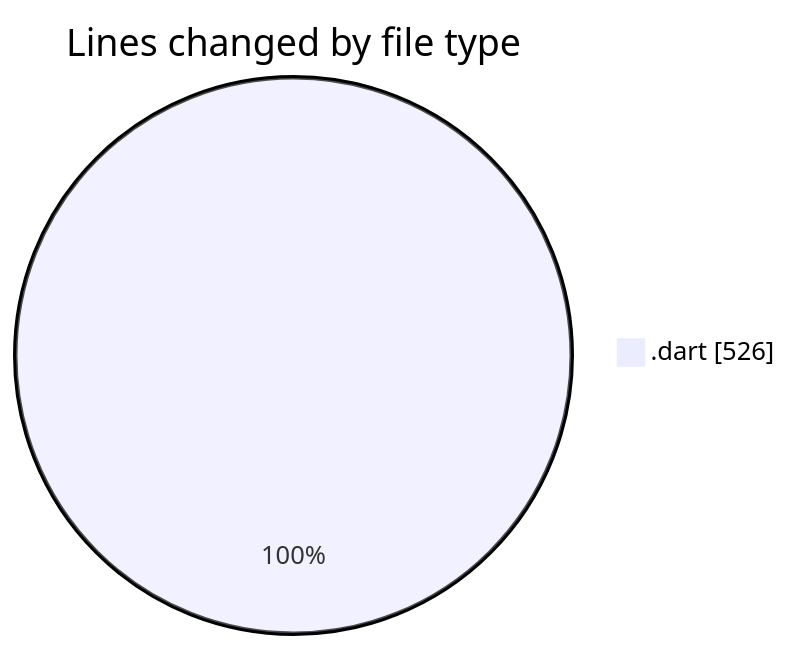
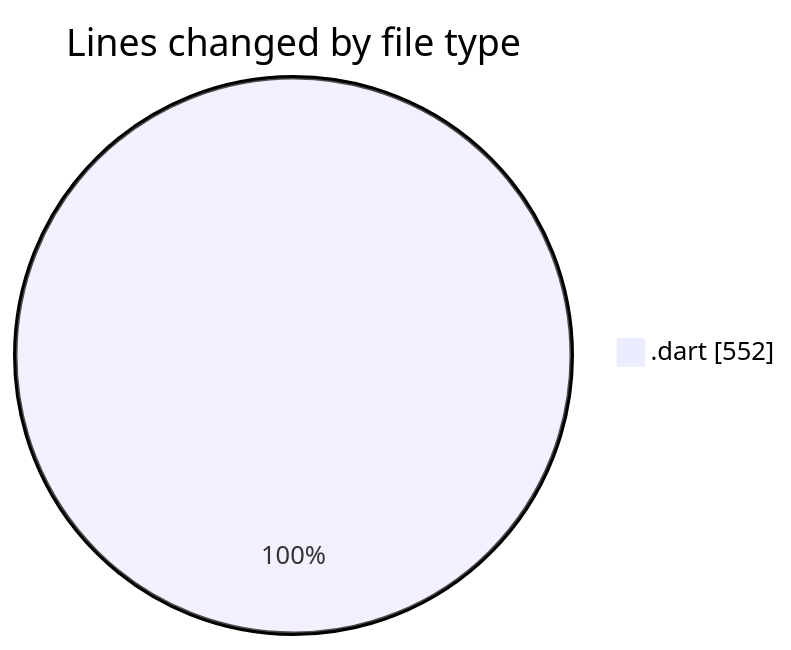
One commit to donsfak/code-tracking changed the first of 2 diagrams in 2025-03-25/wordle/README.md. Above: the diagram before and after it, drawn with Mermaid. The commit also changed other lines of this file and 1 other file, not shown here.

````diff
--- a/2025-03-25/wordle/README.md
+++ b/2025-03-25/wordle/README.md
@@ -27,5 +28,5 @@
 ```mermaid
 pie showData
 title Lines changed by file type
-".dart" : 526
+".dart" : 552
 ```
````
